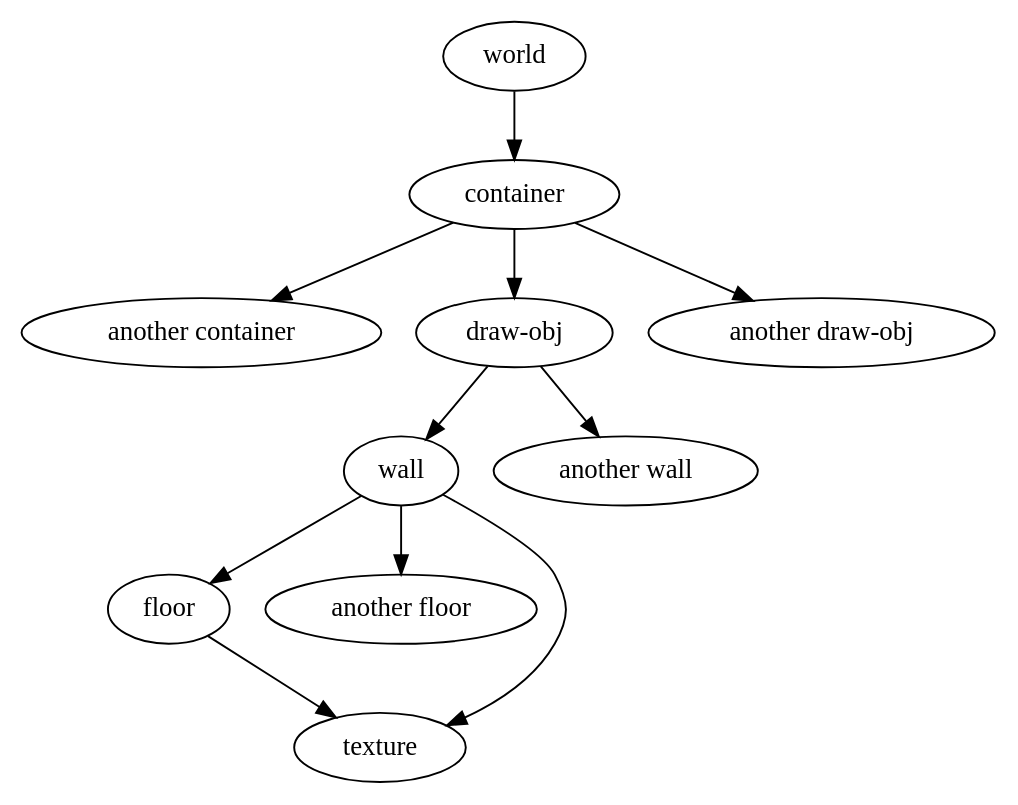
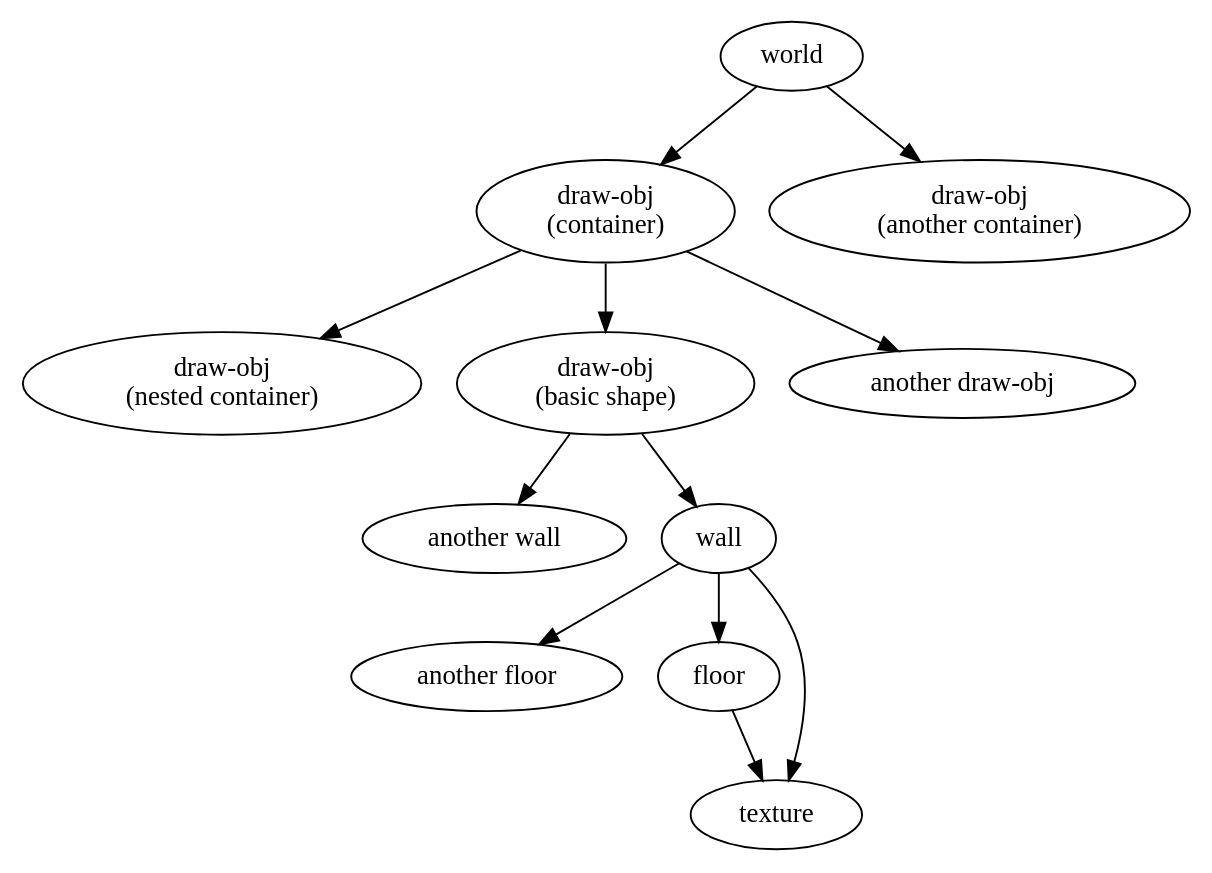
The diagram in docs/structure.rst (firemark/pixelopolis), drawn with Graphviz before and after one commit. The commit also changed other lines of this file and 4 other files, not shown here.

```diff
--- a/docs/structure.rst
+++ b/docs/structure.rst
@@ -4,14 +7,17 @@
 .. graphviz::
 
    digraph {
      world -> container
-     container -> "another container"
-     container -> "draw-obj"
+     container[label="draw-obj\n(container)"]
+     world -> "draw-obj\n(another container)"
+     container -> "draw-obj\n(nested container)"
+     container -> draw_obj
+     draw_obj[label="draw-obj\n(basic shape)"]
      container -> "another draw-obj"
-     "draw-obj" -> wall
-     "draw-obj" -> "another wall"
+     draw_obj -> "another wall"
+     draw_obj -> wall
+     wall -> "another floor"
      wall -> floor
-     wall -> "another floor"
      wall -> texture
      floor -> texture
    }
```
